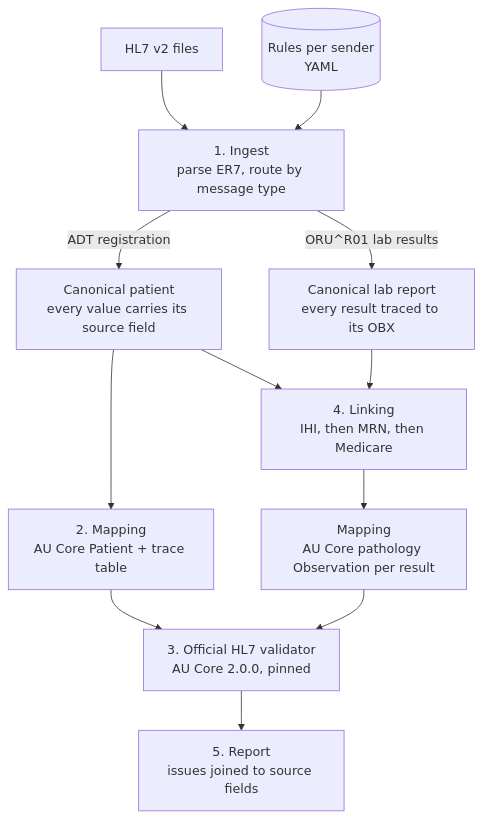
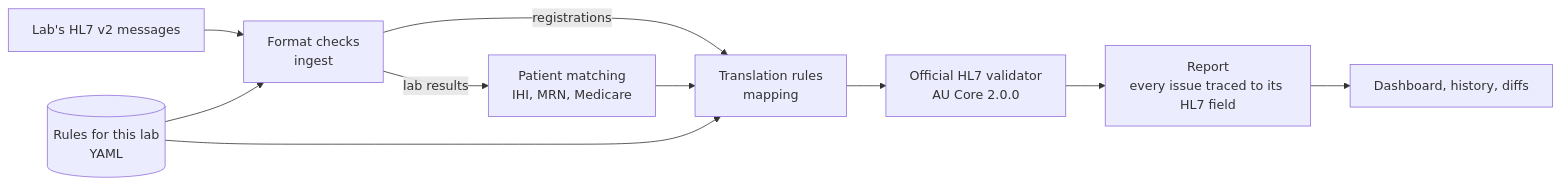
The diagram in README.md (dylandchand/au-core-gateway), drawn with Mermaid before and after one commit. The commit also changed other lines of this file, not shown here.

````diff
--- a/README.md
+++ b/README.md
@@ -78,14 +70,12 @@
 ```mermaid
-flowchart TD
-    A[HL7 v2 files] --> B[1. Ingest<br/>parse ER7, route by message type]
-    R[(Rules per sender<br/>YAML)] --> B
-    B -->|ADT registration| C[Canonical patient<br/>every value carries its source field]
-    B -->|ORU^R01 lab results| L[Canonical lab report<br/>every result traced to its OBX]
-    C --> D[2. Mapping<br/>AU Core Patient + trace table]
-    D --> E[3. Official HL7 validator<br/>AU Core 2.0.0, pinned]
-    L --> K[4. Linking<br/>IHI, then MRN, then Medicare]
-    C --> K
-    K --> O[Mapping<br/>AU Core pathology Observation per result]
-    O --> E
-    E --> F[5. Report<br/>issues joined to source fields]
+flowchart LR
+    A[Lab's HL7 v2 messages] --> B[Format checks<br/>ingest]
+    R[(Rules for this lab<br/>YAML)] --> B
+    R --> M
+    B -->|registrations| M[Translation rules<br/>mapping]
+    B -->|lab results| K[Patient matching<br/>IHI, MRN, Medicare]
+    K --> M
+    M --> V[Official HL7 validator<br/>AU Core 2.0.0]
+    V --> T[Report<br/>every issue traced to its HL7 field]
+    T --> D[Dashboard, history, diffs]
 ```
````
